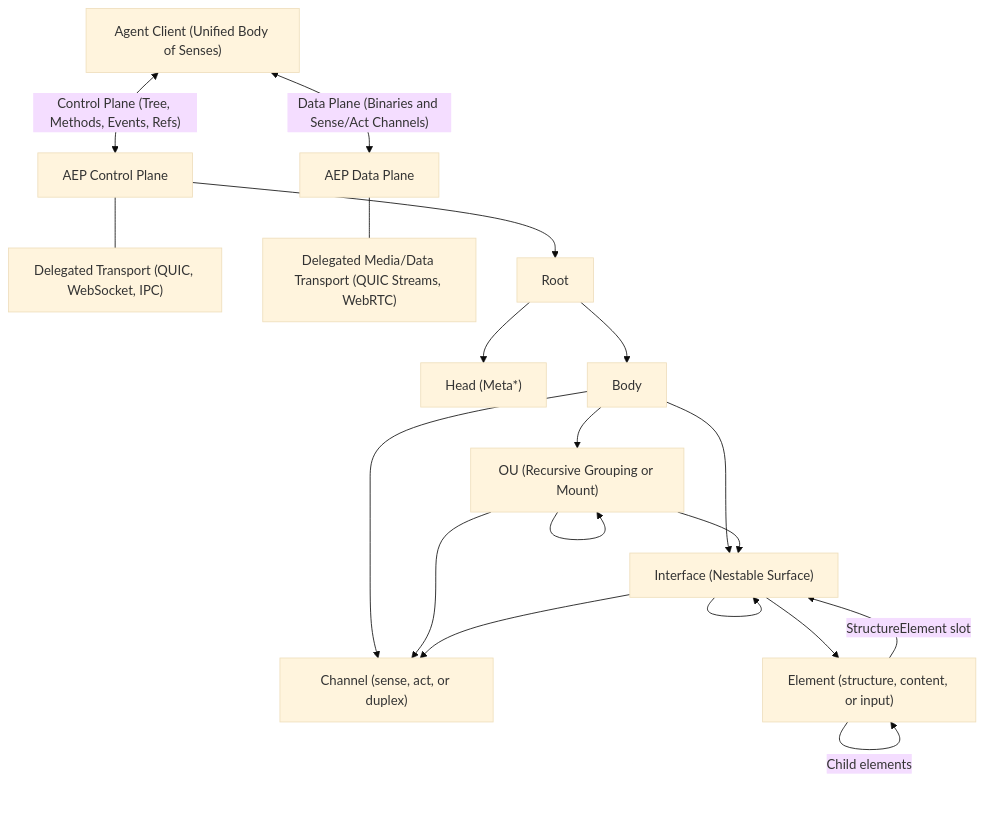
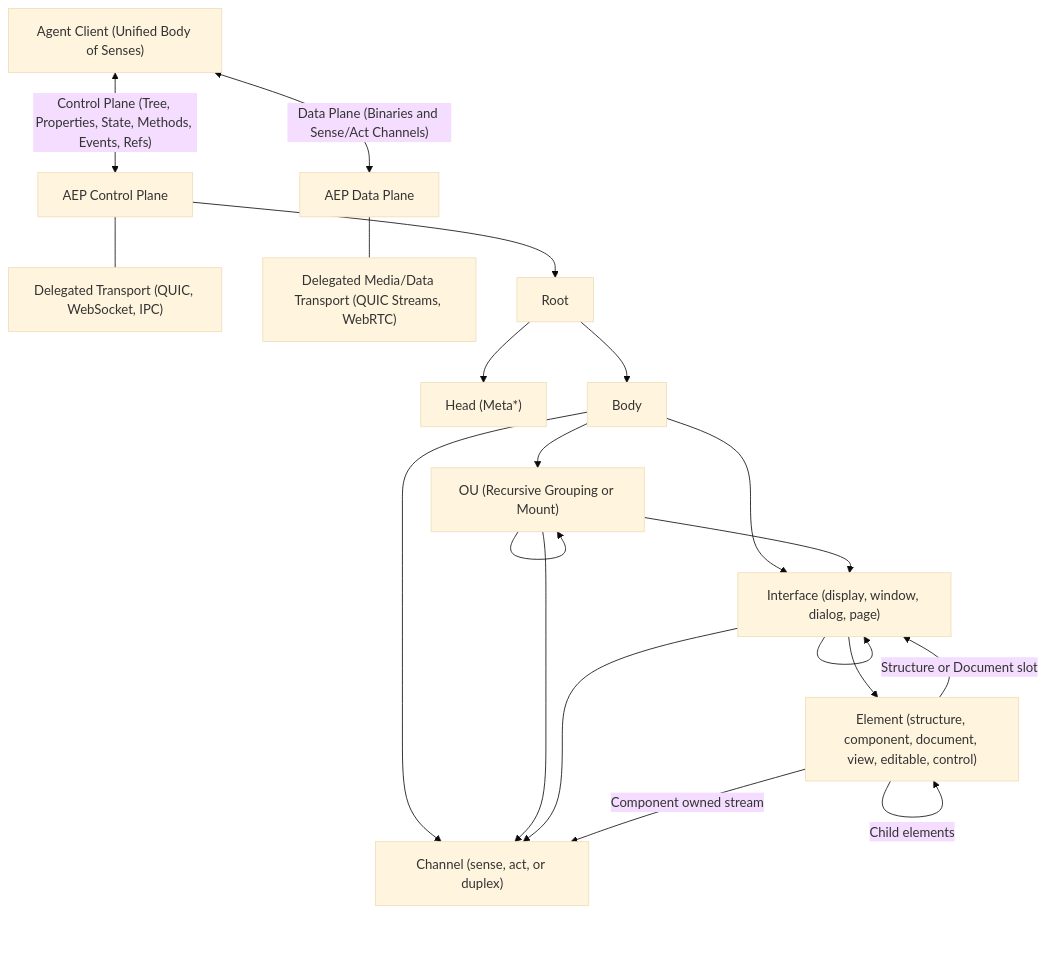
One commit to AgentEnvironmentProtocol/agent-environment-protocol changed the diagram in spec/00-overview.md. Above: the diagram before and after it, drawn with Mermaid (base theme). The commit also changed other lines of this file and 8 other files, not shown here.

Commit message:
Add XAML-inspired object model, components, documents, and view/editable/control split

````diff
--- a/spec/00-overview.md
+++ b/spec/00-overview.md
@@ -79,23 +82,24 @@
 ```mermaid
 flowchart TD
-    Agent["Agent Client (Unified Body of Senses)"] <-->|"Control Plane (Tree, Methods, Events, Refs)"| CP["AEP Control Plane"]
+    Agent["Agent Client (Unified Body of Senses)"] <-->|"Control Plane (Tree, Properties, State, Methods, Events, Refs)"| CP["AEP Control Plane"]
     Agent <-->|"Data Plane (Binaries and Sense/Act Channels)"| DP["AEP Data Plane"]
 
     CP --- Transport["Delegated Transport (QUIC, WebSocket, IPC)"]
     DP --- MediaTransport["Delegated Media/Data Transport (QUIC Streams, WebRTC)"]
 
     CP --> Root["Root"]
     Root --> Head["Head (Meta*)"]
     Root --> Body["Body"]
     Body --> OU["OU (Recursive Grouping or Mount)"]
-    Body --> Iface["Interface (Nestable Surface)"]
+    Body --> Iface["Interface (display, window, dialog, page)"]
     Body --> Chan["Channel (sense, act, or duplex)"]
     OU --> OU
     OU --> Iface
     OU --> Chan
-    Iface --> Elem["Element (structure, content, or input)"]
+    Iface --> Elem["Element (structure, component, document, view, editable, control)"]
     Iface --> Iface
     Iface --> Chan
-    Elem -->|"StructureElement slot"| Iface
+    Elem -->|"Structure or Document slot"| Iface
+    Elem -->|"Component owned stream"| Chan
     Elem -->|"Child elements"| Elem
 ```
````
